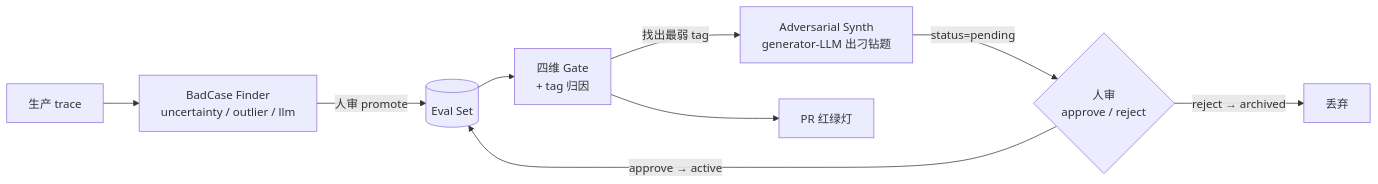
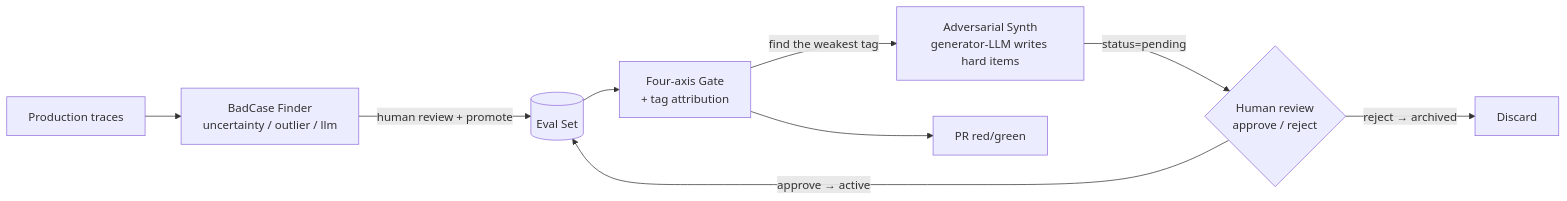
Before and after one commit to AndyUneducated/eval-gate: the seventh of 7 diagrams in README.md, drawn with Mermaid. The commit also changed other lines of this file and 22 other files, not shown here.

````diff
--- a/README.md
+++ b/README.md
@@ -258,11 +258,11 @@
 ```mermaid
 flowchart LR
-    PROD["生产 trace"] --> FIND["BadCase Finder<br/>uncertainty / outlier / llm"]
-    FIND -->|"人审 promote"| SET[("Eval Set")]
-    SET --> GATE["四维 Gate<br/>+ tag 归因"]
-    GATE -->|"找出最弱 tag"| SYNTH["Adversarial Synth<br/>generator-LLM 出刁钻题"]
-    SYNTH -->|"status=pending"| REVIEW{"人审<br/>approve / reject"}
+    PROD["Production traces"] --> FIND["BadCase Finder<br/>uncertainty / outlier / llm"]
+    FIND -->|"human review + promote"| SET[("Eval Set")]
+    SET --> GATE["Four-axis Gate<br/>+ tag attribution"]
+    GATE -->|"find the weakest tag"| SYNTH["Adversarial Synth<br/>generator-LLM writes hard items"]
+    SYNTH -->|"status=pending"| REVIEW{"Human review<br/>approve / reject"}
     REVIEW -->|"approve → active"| SET
-    REVIEW -->|"reject → archived"| X["丢弃"]
-    GATE --> RESULT["PR 红绿灯"]
+    REVIEW -->|"reject → archived"| X["Discard"]
+    GATE --> RESULT["PR red/green"]
 ```
````
